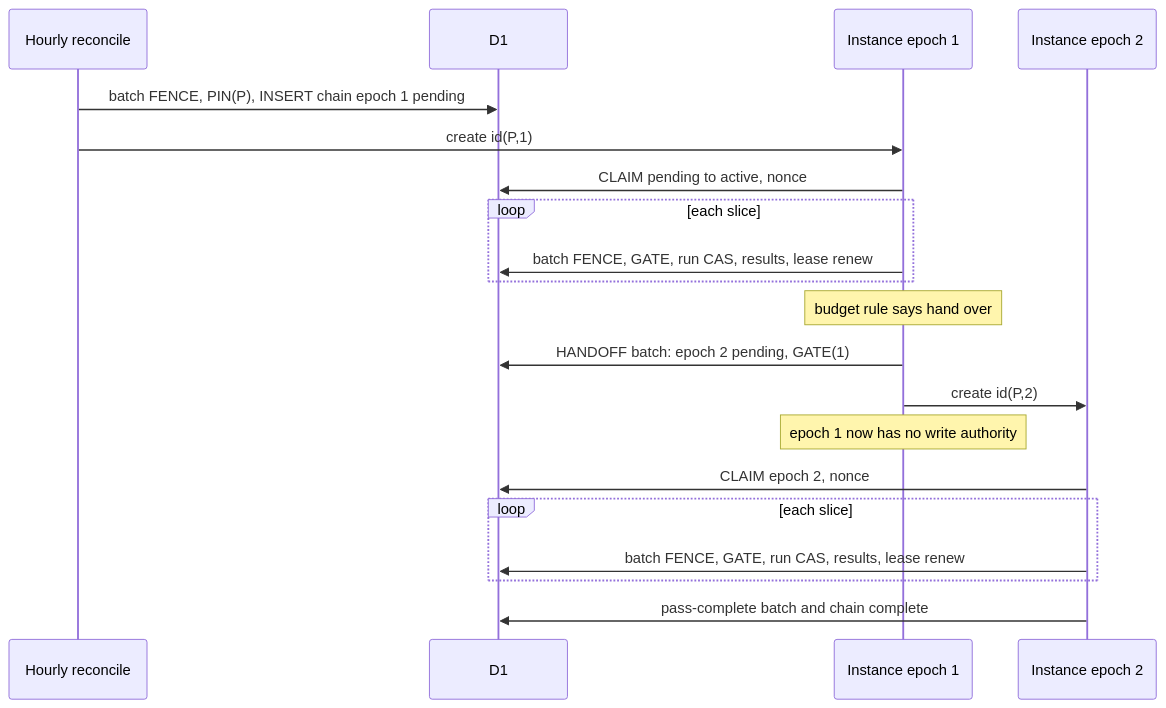
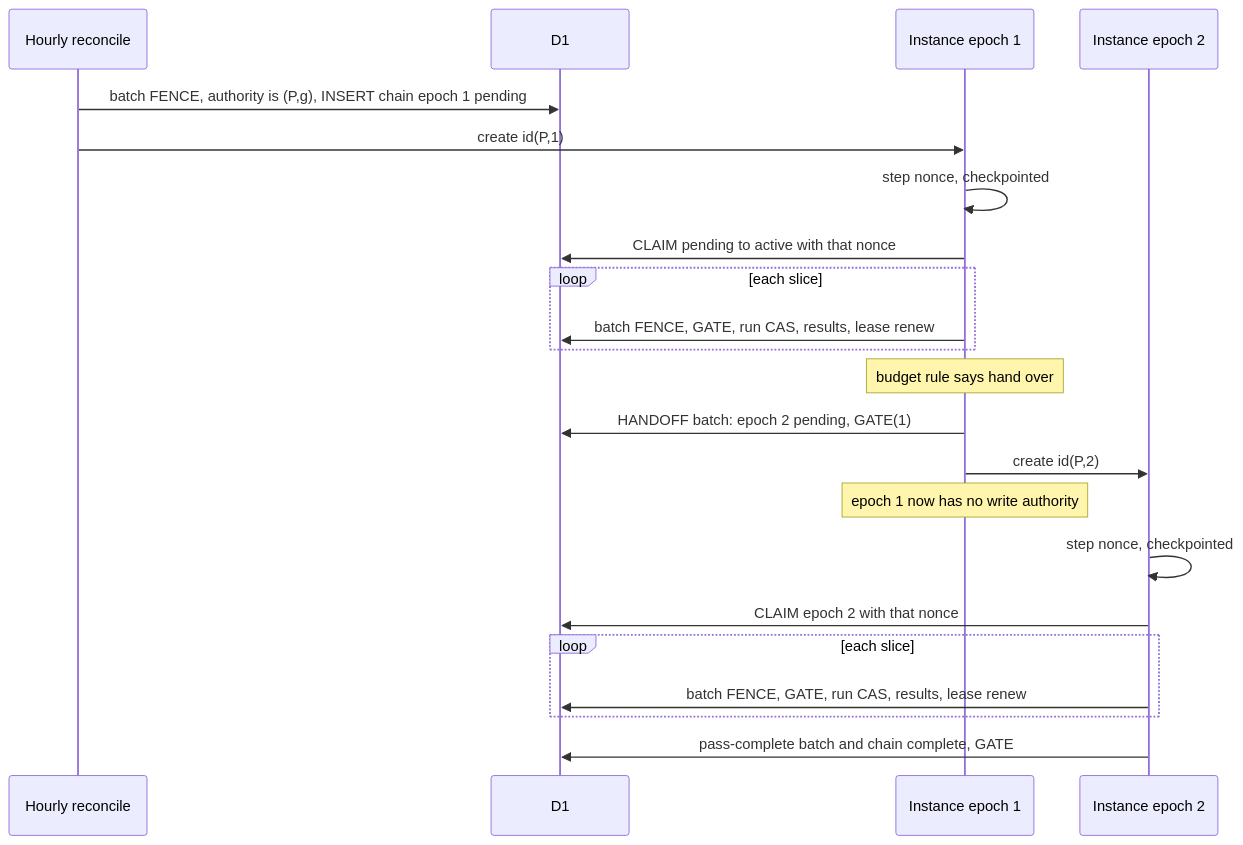
The second of 5 diagrams in docs/adr/0141-producer-workflow-chain-protocol.md (vladimino/iptv-watchlist), drawn with Mermaid before and after one commit. The commit also changed other lines of this file and 1 other file, not shown here.

First line of the commit message:
docs(adr): revise ADR 0141 after architecture review (AIR-374)

````diff
--- a/docs/adr/0141-producer-workflow-chain-protocol.md
+++ b/docs/adr/0141-producer-workflow-chain-protocol.md
@@ -207,22 +256,24 @@
 ```mermaid
 sequenceDiagram
     participant H as Hourly reconcile
     participant D as D1
     participant A as Instance epoch 1
     participant B as Instance epoch 2
-    H->>D: batch FENCE, PIN(P), INSERT chain epoch 1 pending
+    H->>D: batch FENCE, authority is (P,g), INSERT chain epoch 1 pending
     H->>A: create id(P,1)
-    A->>D: CLAIM pending to active, nonce
+    A->>A: step nonce, checkpointed
+    A->>D: CLAIM pending to active with that nonce
     loop each slice
         A->>D: batch FENCE, GATE, run CAS, results, lease renew
     end
     Note over A: budget rule says hand over
     A->>D: HANDOFF batch: epoch 2 pending, GATE(1)
     A->>B: create id(P,2)
     Note over A: epoch 1 now has no write authority
-    B->>D: CLAIM epoch 2, nonce
+    B->>B: step nonce, checkpointed
+    B->>D: CLAIM epoch 2 with that nonce
     loop each slice
         B->>D: batch FENCE, GATE, run CAS, results, lease renew
     end
-    B->>D: pass-complete batch and chain complete
+    B->>D: pass-complete batch and chain complete, GATE
 ```
````
